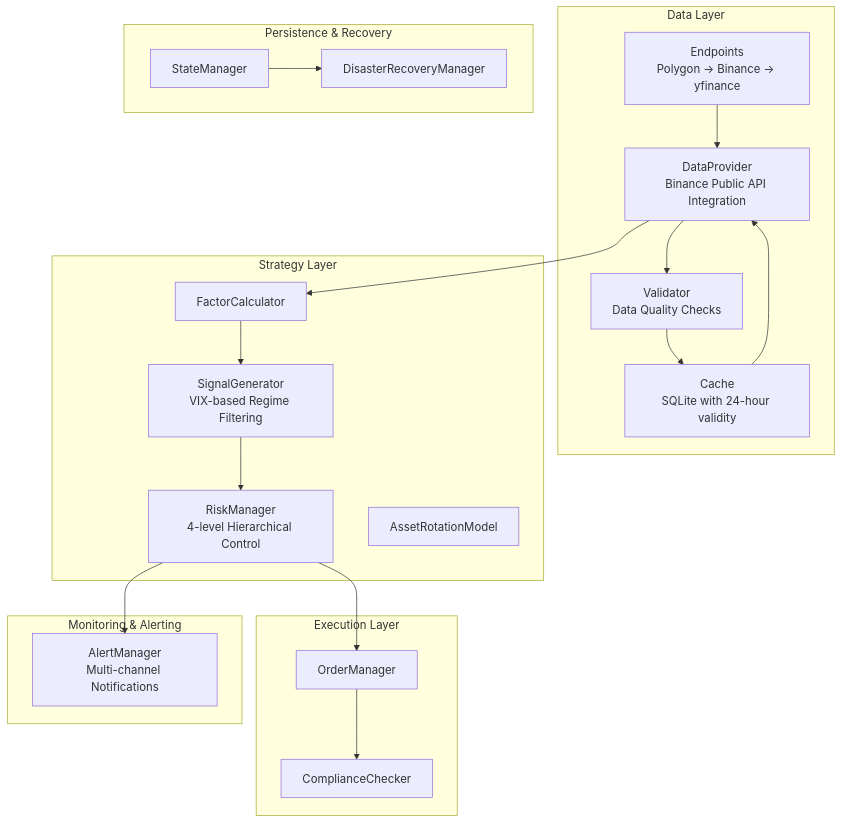
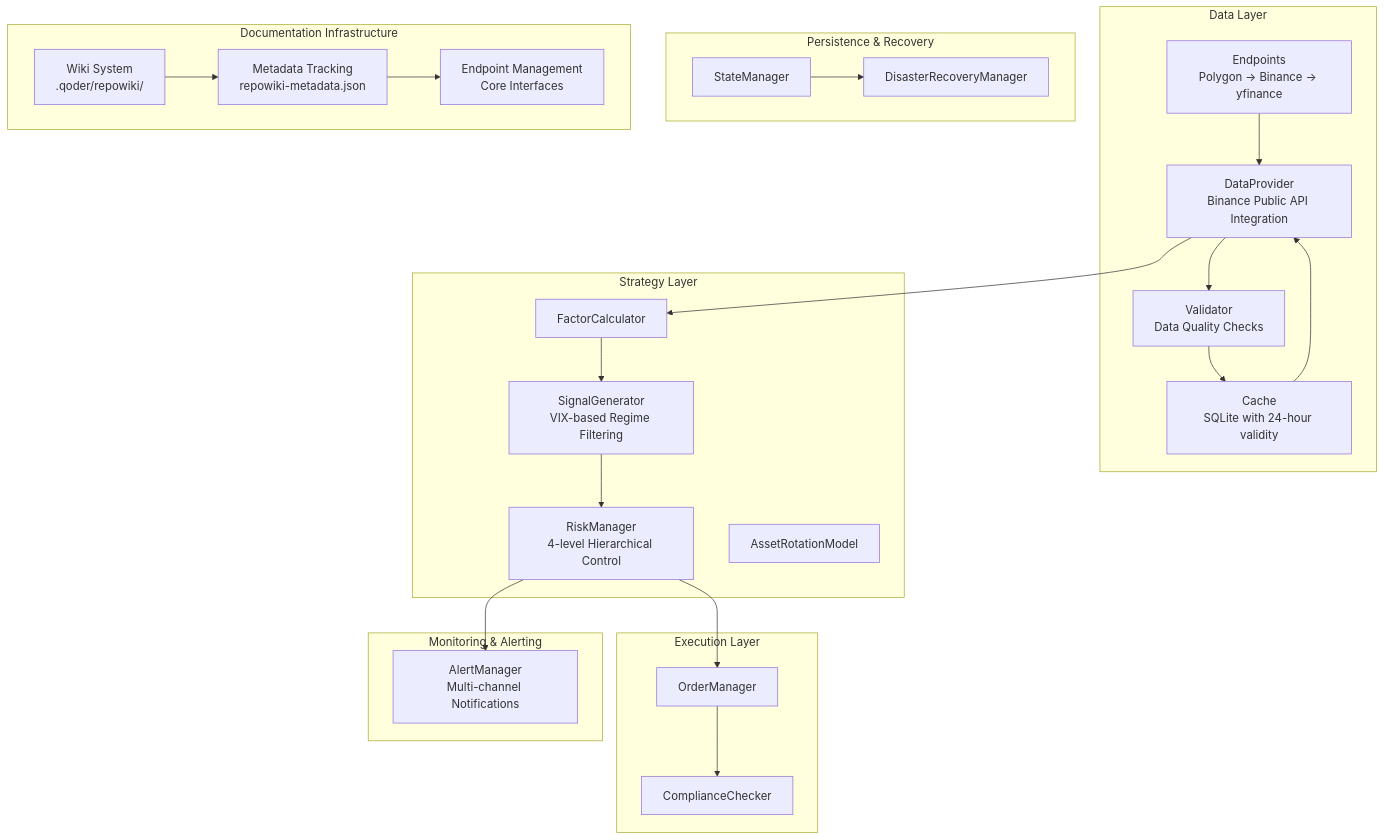
One commit to guofeng201507/shark-quant-trader changed the third of 8 diagrams in .qoder/repowiki/en/content/Development Guidelines.md. Above: the diagram before and after it, drawn with Mermaid. The commit also changed other lines of this file and 14 other files, not shown here.

Commit message:
Update project wiki: add Phase 5-7 documentation

````diff
--- a/.qoder/repowiki/en/content/Development Guidelines.md
+++ b/.qoder/repowiki/en/content/Development Guidelines.md
@@ -106,34 +201,41 @@
 ```mermaid
 graph TB
 subgraph "Data Layer"
 DP["DataProvider<br/>Binance Public API Integration"]
 VAL["Validator<br/>Data Quality Checks"]
 CACHE["Cache<br/>SQLite with 24-hour validity"]
 ENDPT["Endpoints<br/>Polygon → Binance → yfinance"]
 ENDPT --> DP
 DP --> VAL
 VAL --> CACHE
 CACHE --> DP
 end
 subgraph "Strategy Layer"
 FC["FactorCalculator"]
 SG["SignalGenerator<br/>VIX-based Regime Filtering"]
 RM["RiskManager<br/>4-level Hierarchical Control"]
 ROT["AssetRotationModel"]
 end
 subgraph "Execution Layer"
 OM["OrderManager"]
 CE["ComplianceChecker"]
 end
 subgraph "Monitoring & Alerting"
 AM["AlertManager<br/>Multi-channel Notifications"]
 end
 subgraph "Persistence & Recovery"
 SM["StateManager"]
 DR["DisasterRecoveryManager"]
 end
+subgraph "Documentation Infrastructure"
+WIKI["Wiki System<br/>.qoder/repowiki/"]
+METADATA["Metadata Tracking<br/>repowiki-metadata.json"]
+ENDPOINT["Endpoint Management<br/>Core Interfaces"]
+end
 DP --> FC --> SG --> RM --> OM
 RM --> AM
 OM --> CE
 SM --> DR
+WIKI --> METADATA
+METADATA --> ENDPOINT
 ```
````
